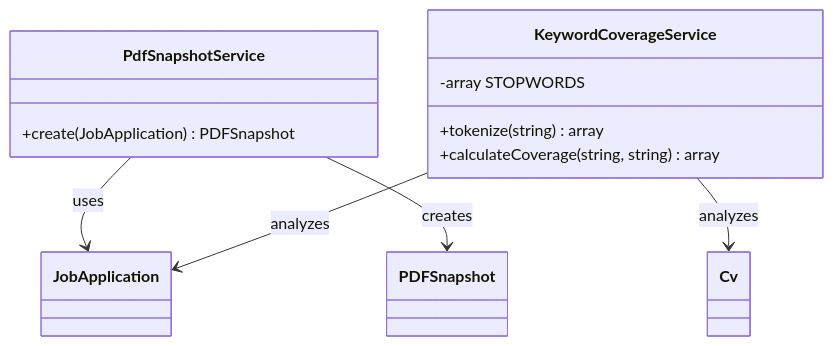
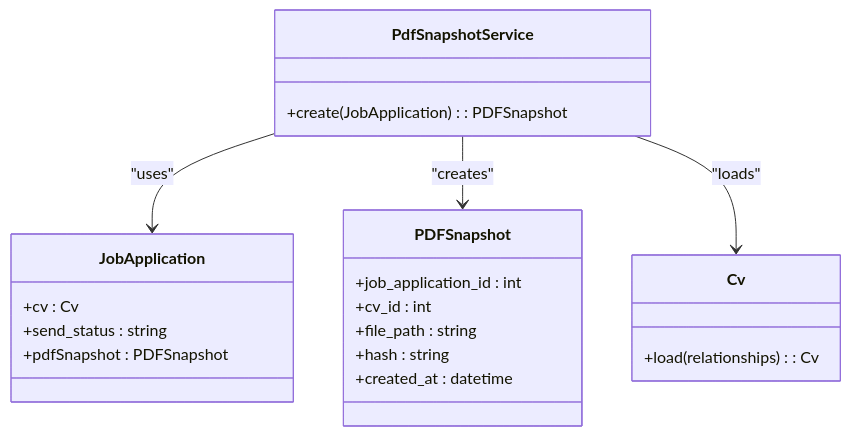
One commit to withoutfanfare/cv-builder changed the first of 5 diagrams in .qoder/repowiki/en/content/Core Concepts/Core Concepts.md. Above: the diagram before and after it, drawn with Mermaid. The commit also changed other lines of this file and 128 other files, not shown here.

````diff
--- a/.qoder/repowiki/en/content/Core Concepts/Core Concepts.md
+++ b/.qoder/repowiki/en/content/Core Concepts/Core Concepts.md
@@ -166,15 +48,24 @@
 ```mermaid
 classDiagram
 class PdfSnapshotService {
-+create(JobApplication) PDFSnapshot
++create(JobApplication) : PDFSnapshot
 }
-class KeywordCoverageService {
--array STOPWORDS
-+tokenize(string) array
-+calculateCoverage(string, string) array
+class JobApplication {
++cv : Cv
++send_status : string
++pdfSnapshot : PDFSnapshot
 }
-PdfSnapshotService --> JobApplication : uses
-PdfSnapshotService --> PDFSnapshot : creates
-KeywordCoverageService --> JobApplication : analyzes
-KeywordCoverageService --> Cv : analyzes
+class PDFSnapshot {
++job_application_id : int
++cv_id : int
++file_path : string
++hash : string
++created_at : datetime
+}
+class Cv {
++load(relationships) : Cv
+}
+PdfSnapshotService --> JobApplication : "uses"
+PdfSnapshotService --> PDFSnapshot : "creates"
+PdfSnapshotService --> Cv : "loads"
 ```
````
